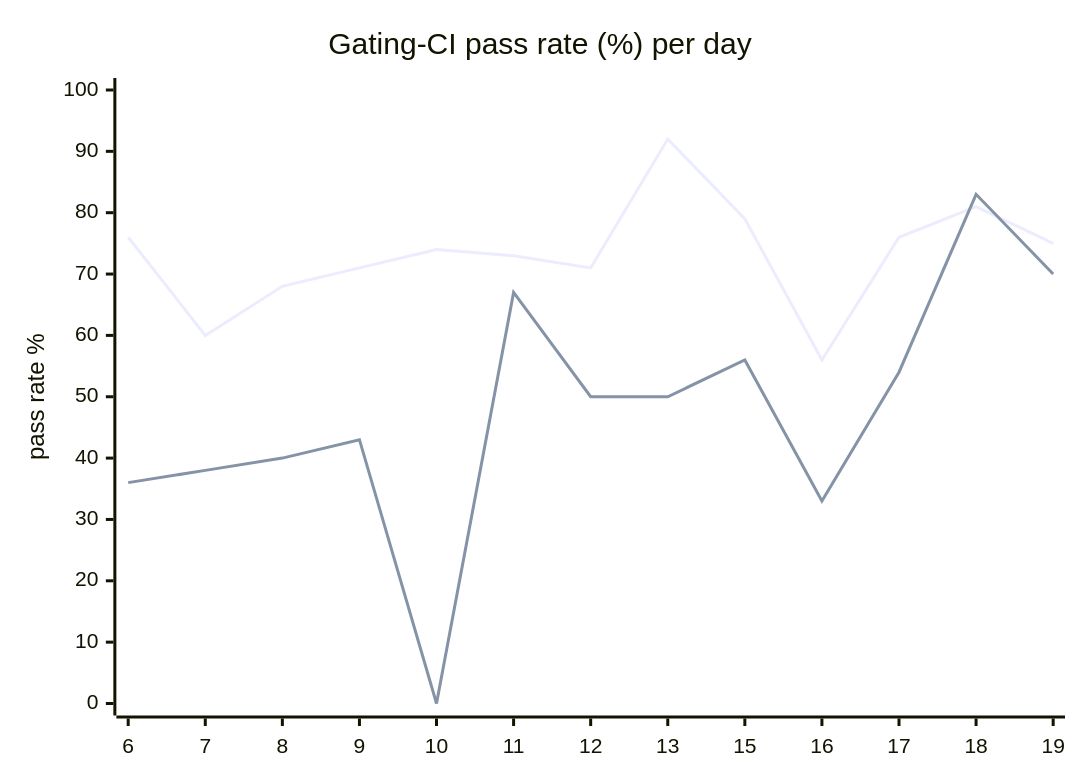
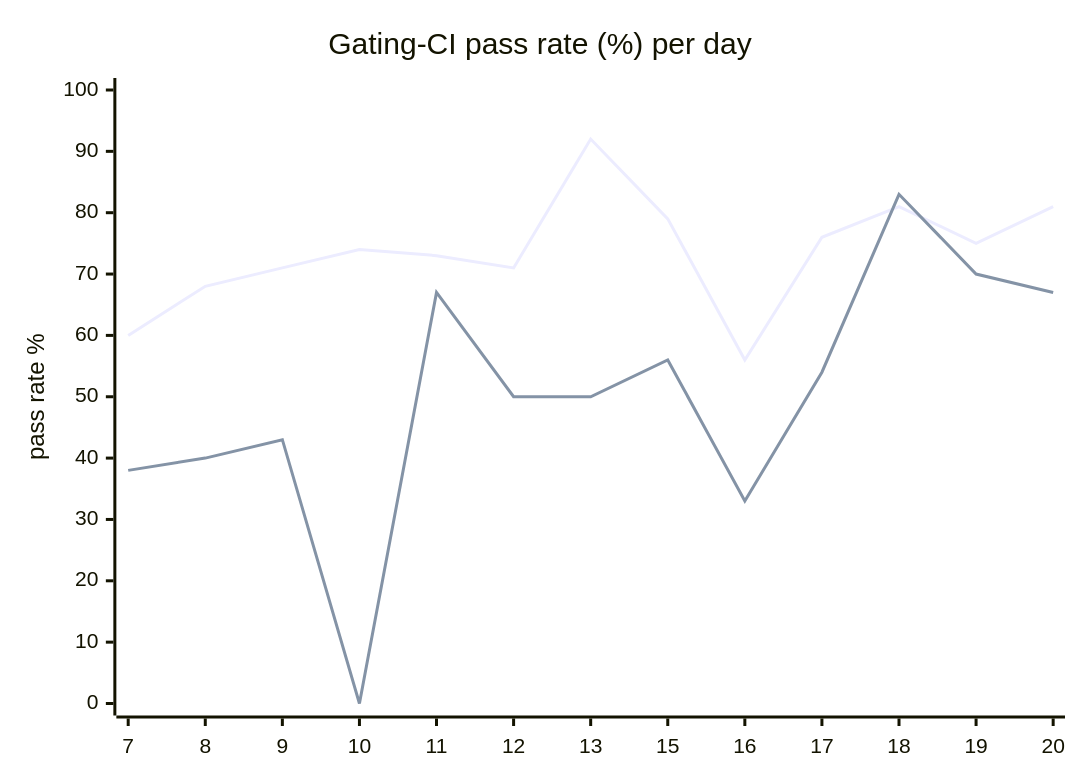
The diagram in hack/ci/ci-dashboard/staging/issue.md (hatchet-dev/hatchet), drawn with Mermaid before and after one commit. The commit also changed other lines of this file, not shown here.

````diff
--- a/hack/ci/ci-dashboard/staging/issue.md
+++ b/hack/ci/ci-dashboard/staging/issue.md
@@ -9,8 +9,8 @@
 ```mermaid
 xychart-beta
   title "Gating-CI pass rate (%) per day"
-  x-axis [6, 7, 8, 9, 10, 11, 12, 13, 15, 16, 17, 18, 19]
+  x-axis [7, 8, 9, 10, 11, 12, 13, 15, 16, 17, 18, 19, 20]
   y-axis "pass rate %" 0 --> 100
-  line "CI" [76, 60, 68, 71, 74, 73, 71, 92, 79, 56, 76, 81, 75]
-  line "main" [36, 38, 40, 43, 0, 67, 50, 50, 56, 33, 54, 83, 70]
+  line "CI" [60, 68, 71, 74, 73, 71, 92, 79, 56, 76, 81, 75, 81]
+  line "main" [38, 40, 43, 0, 67, 50, 50, 56, 33, 54, 83, 70, 67]
 ```
````
